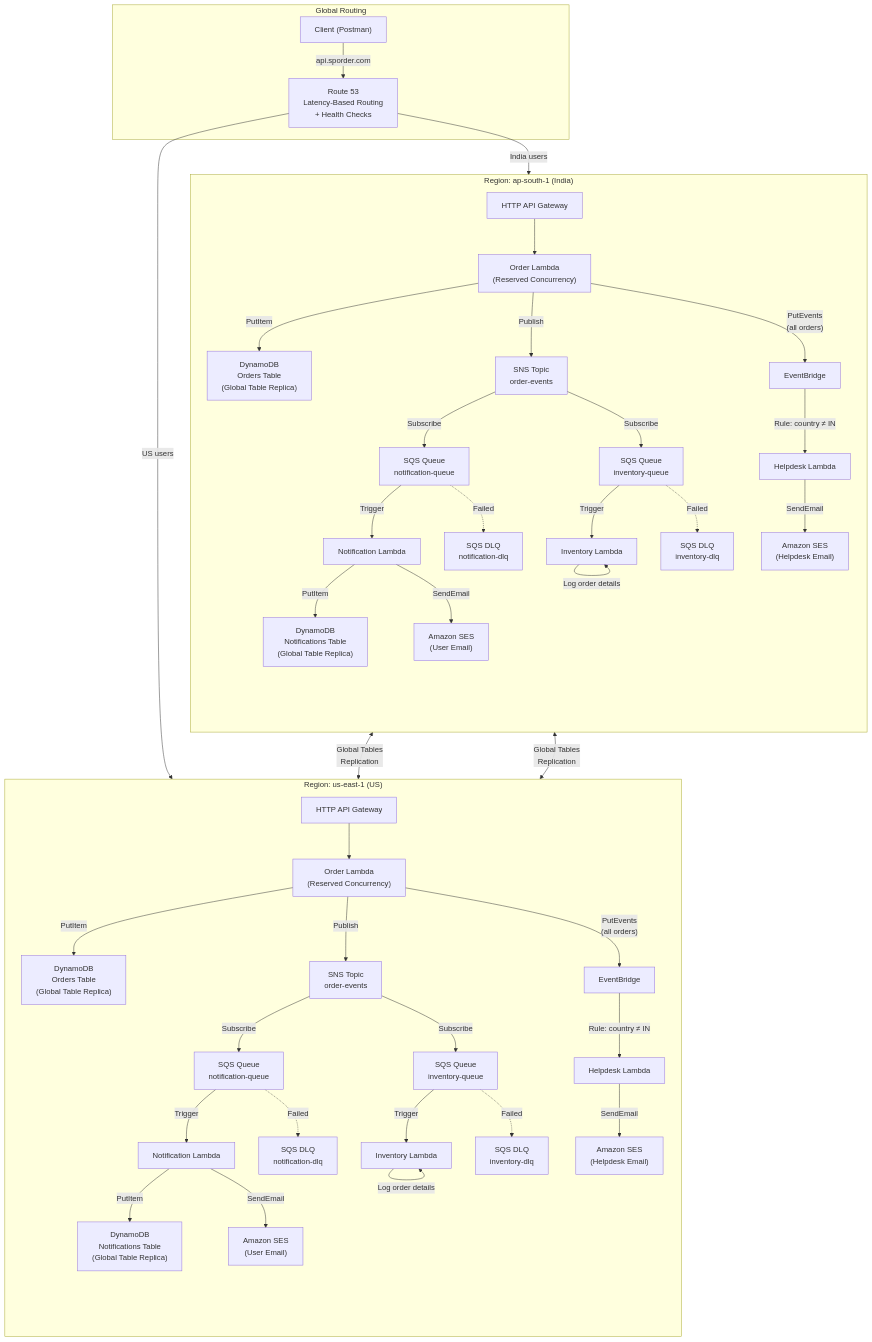
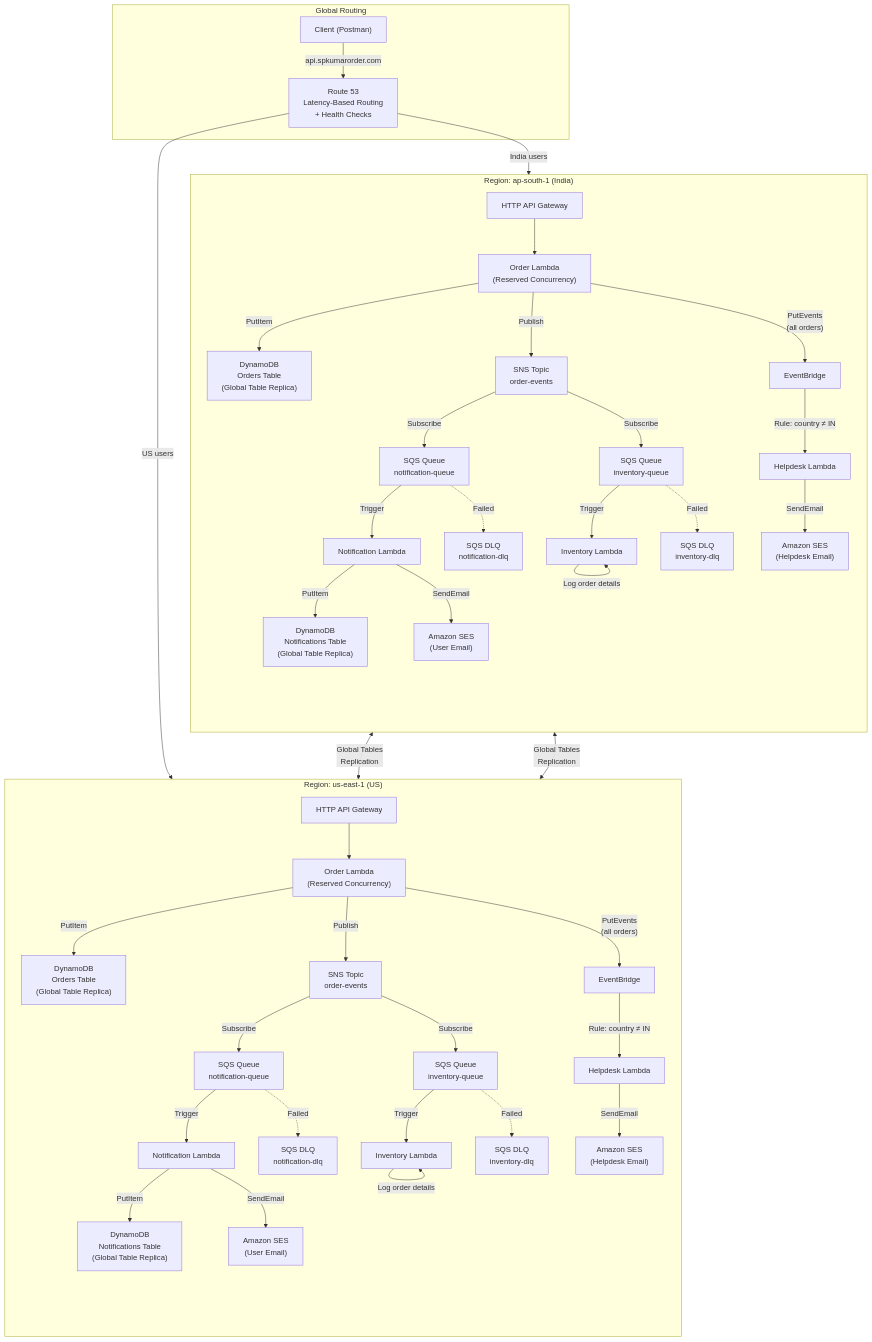
One commit to SandeepPamujula/order-notification-distributed changed the first of 8 diagrams in docs/architecture.md. Above: the diagram before and after it, drawn with Mermaid. The commit also changed other lines of this file and 17 other files, not shown here.

```diff
--- a/docs/architecture.md
+++ b/docs/architecture.md
@@ -26,7 +26,7 @@
         R53["Route 53<br/>Latency-Based Routing<br/>+ Health Checks"]
     end
 
-    User -->|"api.sporder.com"| R53
+    User -->|"api.spkumarorder.com"| R53
 
     subgraph "Region: ap-south-1 (India)"
         direction TB
```
